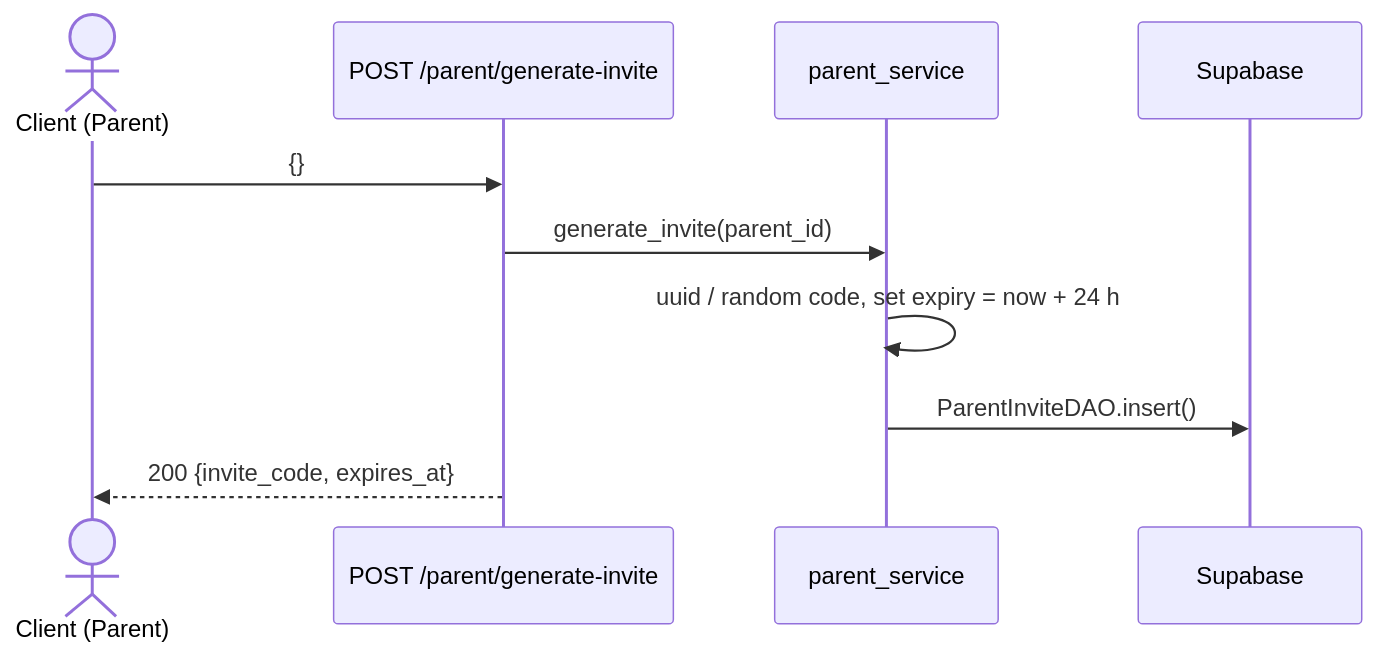
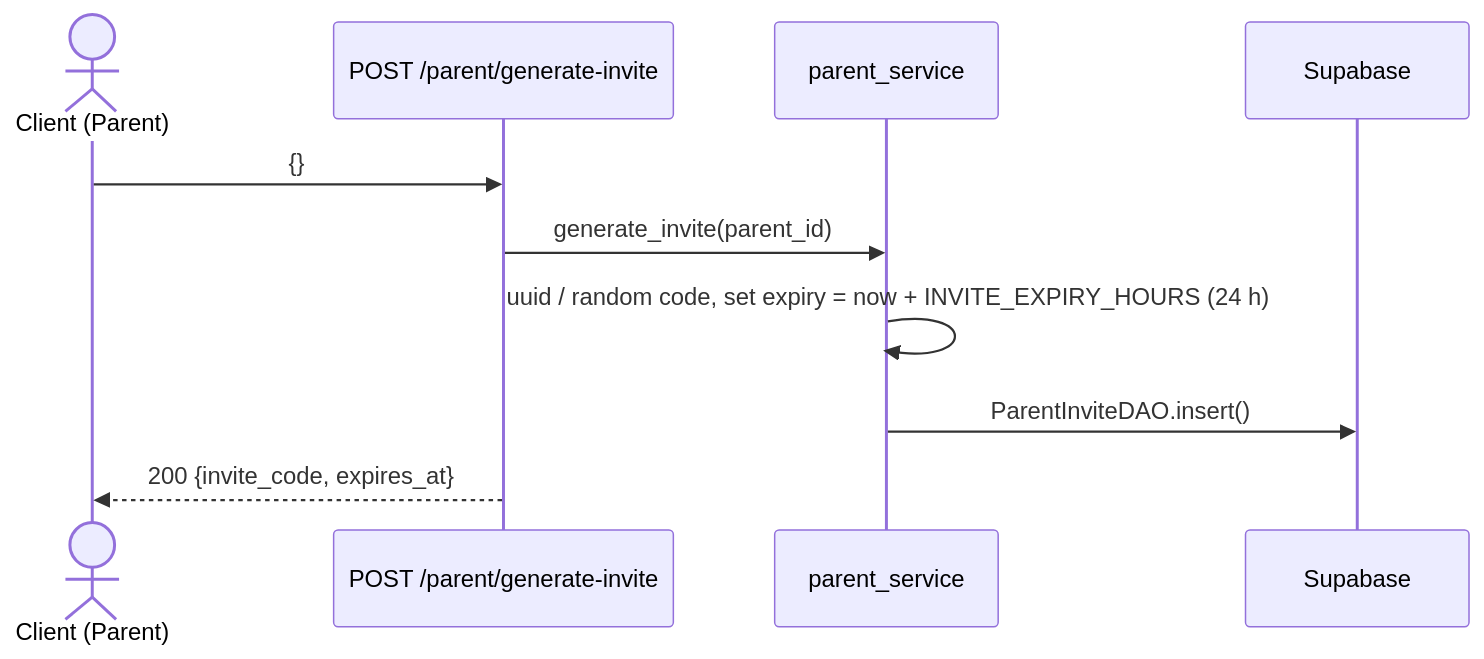
One commit to EduQuest-AI-Inc/eduquest-backend changed diagram 21 of 22 in ARCHITECTURE.md. Above: the diagram before and after it, drawn with Mermaid. The commit also changed other lines of this file, not shown here.

````diff
--- a/ARCHITECTURE.md
+++ b/ARCHITECTURE.md
@@ -555,13 +560,13 @@
 ```mermaid
 sequenceDiagram
     actor P as Client (Parent)
     participant R as POST /parent/generate-invite
     participant S as parent_service
     participant DB as Supabase
 
     P->>R: {}
     R->>S: generate_invite(parent_id)
-    S->>S: uuid / random code, set expiry = now + 24 h
+    S->>S: uuid / random code, set expiry = now + INVITE_EXPIRY_HOURS (24 h)
     S->>DB: ParentInviteDAO.insert()
     R-->>P: 200  {invite_code, expires_at}
 ```
````
